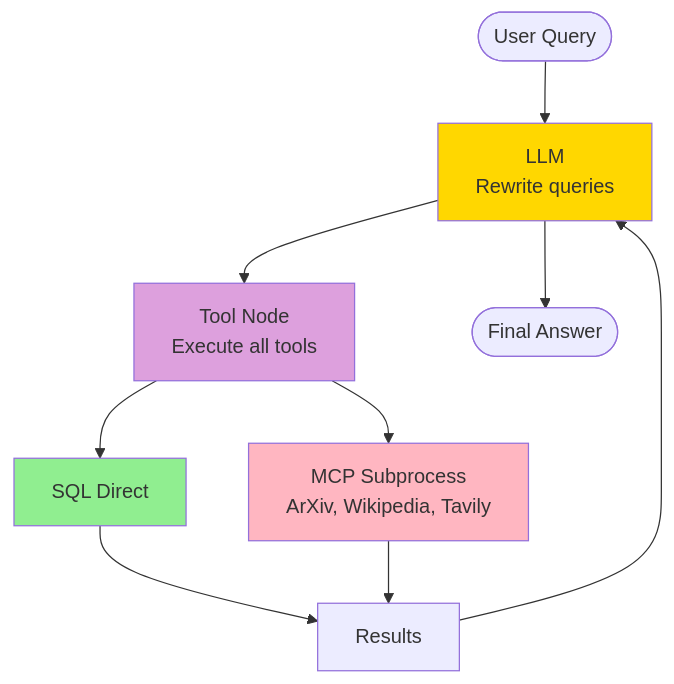
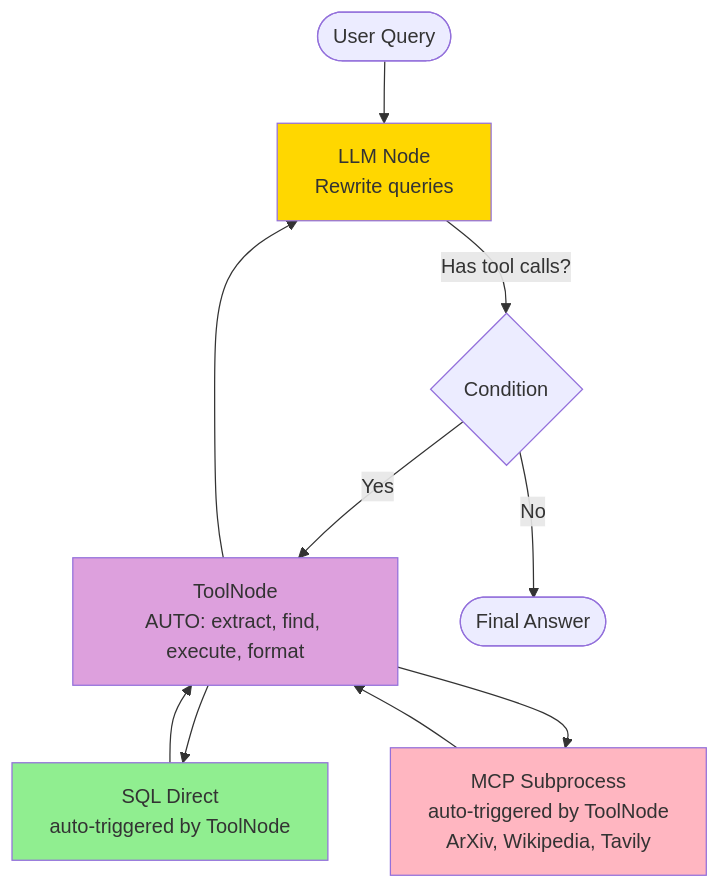
The fifth of 6 diagrams in AgenticAI/simple_chatbot_mcp_langgraph/readme.md (Yuhsuant1994/DataScienKnowledge), drawn with Mermaid before and after one commit. The commit also changed other lines of this file, not shown here.

````diff
--- a/AgenticAI/simple_chatbot_mcp_langgraph/readme.md
+++ b/AgenticAI/simple_chatbot_mcp_langgraph/readme.md
@@ -116,19 +116,19 @@
 ```mermaid
 graph TD
-    START([User Query]) --> LLM[LLM<br/>Rewrite queries]
-    LLM --> TOOLS[Tool Node<br/>Execute all tools]
+    START([User Query]) --> LLM[LLM Node<br/>Rewrite queries]
+    LLM -->|Has tool calls?| CONDITION{Condition}
+    CONDITION -->|Yes| TOOLS[ToolNode<br/>AUTO: extract, find, execute, format]
+    CONDITION -->|No| END([Final Answer])
 
-    TOOLS --> SQL[SQL Direct]
-    TOOLS --> MCP[MCP Subprocess<br/>ArXiv, Wikipedia, Tavily]
+    TOOLS --> SQL[SQL Direct<br/>auto-triggered by ToolNode]
+    TOOLS --> MCP[MCP Subprocess<br/>auto-triggered by ToolNode<br/>ArXiv, Wikipedia, Tavily]
 
-    SQL --> RESULTS[Results]
-    MCP --> RESULTS
-
-    RESULTS --> LLM
-    LLM --> END([Final Answer])
+    SQL --> TOOLS
+    MCP --> TOOLS
+    TOOLS --> LLM
 
     style LLM fill:#FFD700
     style TOOLS fill:#DDA0DD
     style SQL fill:#90EE90
     style MCP fill:#FFB6C1
 ```
````
